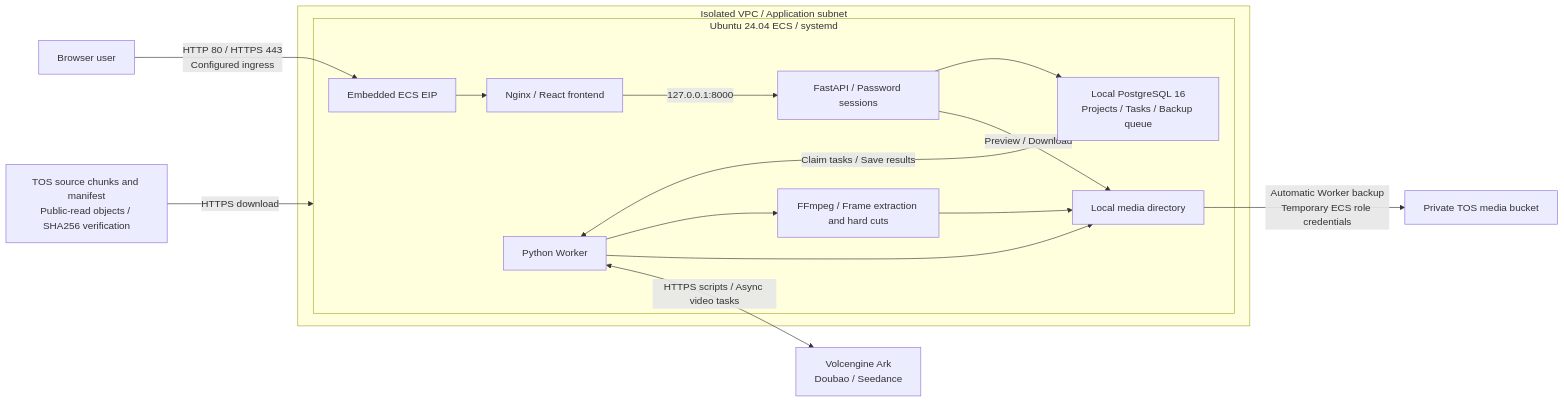
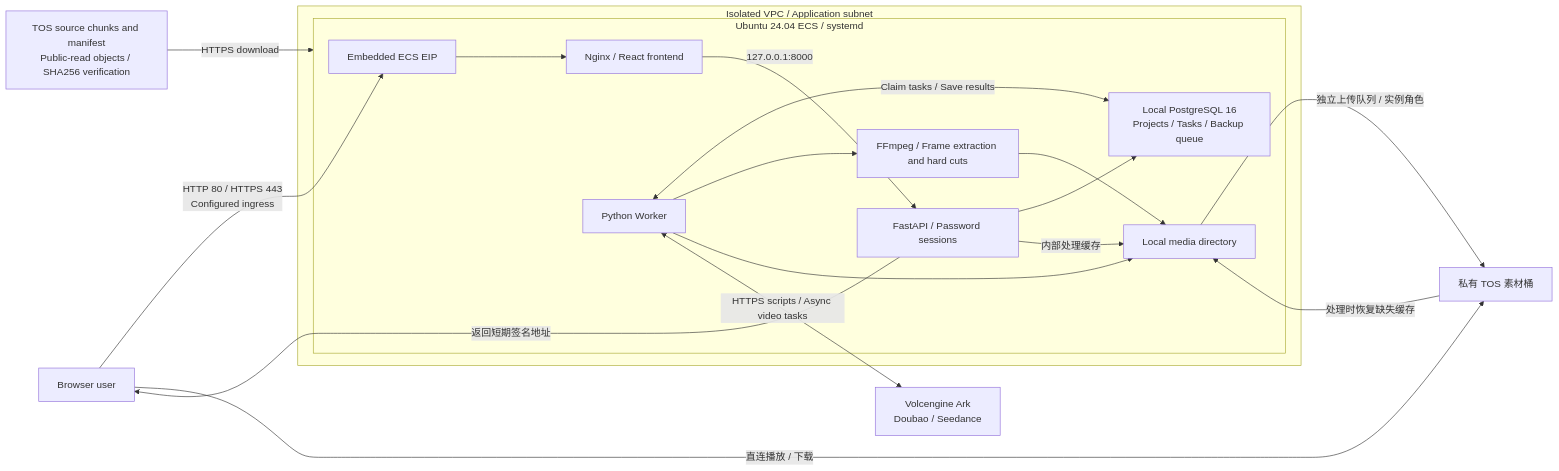
The diagram in README.md (terraform-volcenginecc-modules/terraform-volcenginecc-ai-script-video-agent), drawn with Mermaid before and after one commit. The commit also changed other lines of this file and 21 other files, not shown here.

````diff
--- a/README.md
+++ b/README.md
@@ -26,19 +26,22 @@
 ```mermaid
 flowchart LR
   User["Browser user"] -->|"HTTP 80 / HTTPS 443<br/>Configured ingress"| EIP["Embedded ECS EIP"]
   subgraph VPC["Isolated VPC / Application subnet"]
     subgraph ECS["Ubuntu 24.04 ECS / systemd"]
       EIP --> Nginx["Nginx / React frontend"]
       Nginx -->|"127.0.0.1:8000"| API["FastAPI / Password sessions"]
       API --> PG["Local PostgreSQL 16<br/>Projects / Tasks / Backup queue"]
       Worker["Python Worker"] <-->|"Claim tasks / Save results"| PG
       Worker --> FFmpeg["FFmpeg / Frame extraction and hard cuts"]
       FFmpeg --> Media["Local media directory"]
       Worker --> Media
-      API -->|"Preview / Download"| Media
+      API -->|"内部处理缓存"| Media
     end
   end
   Worker <-->|"HTTPS scripts / Async video tasks"| Ark["Volcengine Ark<br/>Doubao / Seedance"]
-  Media -->|"Automatic Worker backup<br/>Temporary ECS role credentials"| TOS["Private TOS media bucket"]
+  Media -->|"独立上传队列 / 实例角色"| TOS["私有 TOS 素材桶"]
+  API -->|"返回短期签名地址"| User
+  User -->|"直连播放 / 下载"| TOS
+  TOS -->|"处理时恢复缺失缓存"| Media
   Source["TOS source chunks and manifest<br/>Public-read objects / SHA256 verification"] -->|"HTTPS download"| ECS
 ```
````
